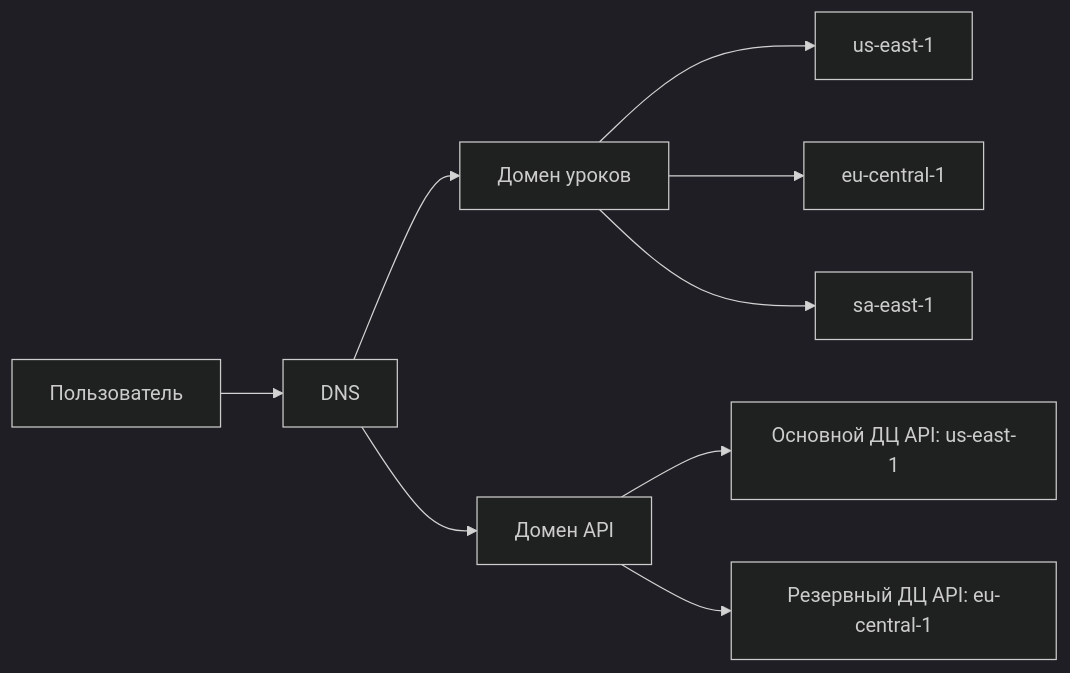
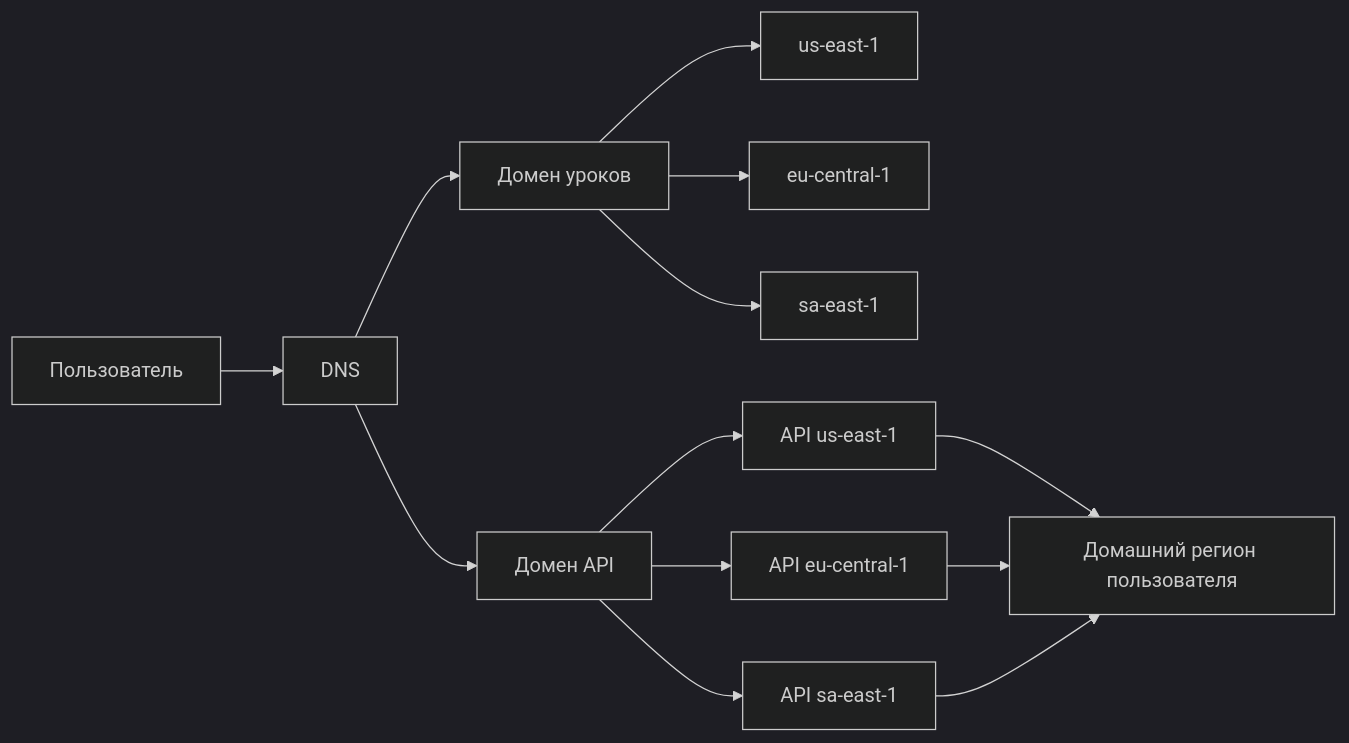
Before and after one commit to azlymoon/HighloadCourseHSE: the first of 7 diagrams in README.md, drawn with Mermaid (dark theme). The commit also changed other lines of this file, not shown here.

````diff
--- a/README.md
+++ b/README.md
@@ -315,11 +319,15 @@
 ```mermaid
 flowchart LR
     U["Пользователь"] --> D["DNS"]
     D --> L["Домен уроков"]
     D --> A["Домен API"]
     L --> DC1["us-east-1"]
     L --> DC2["eu-central-1"]
     L --> DC3["sa-east-1"]
-    A --> P["Основной ДЦ API: us-east-1"]
-    A --> R["Резервный ДЦ API: eu-central-1"]
+    A --> API1["API us-east-1"]
+    A --> API2["API eu-central-1"]
+    A --> API3["API sa-east-1"]
+    API1 --> H1["Домашний регион пользователя"]
+    API2 --> H1
+    API3 --> H1
 ```
````
